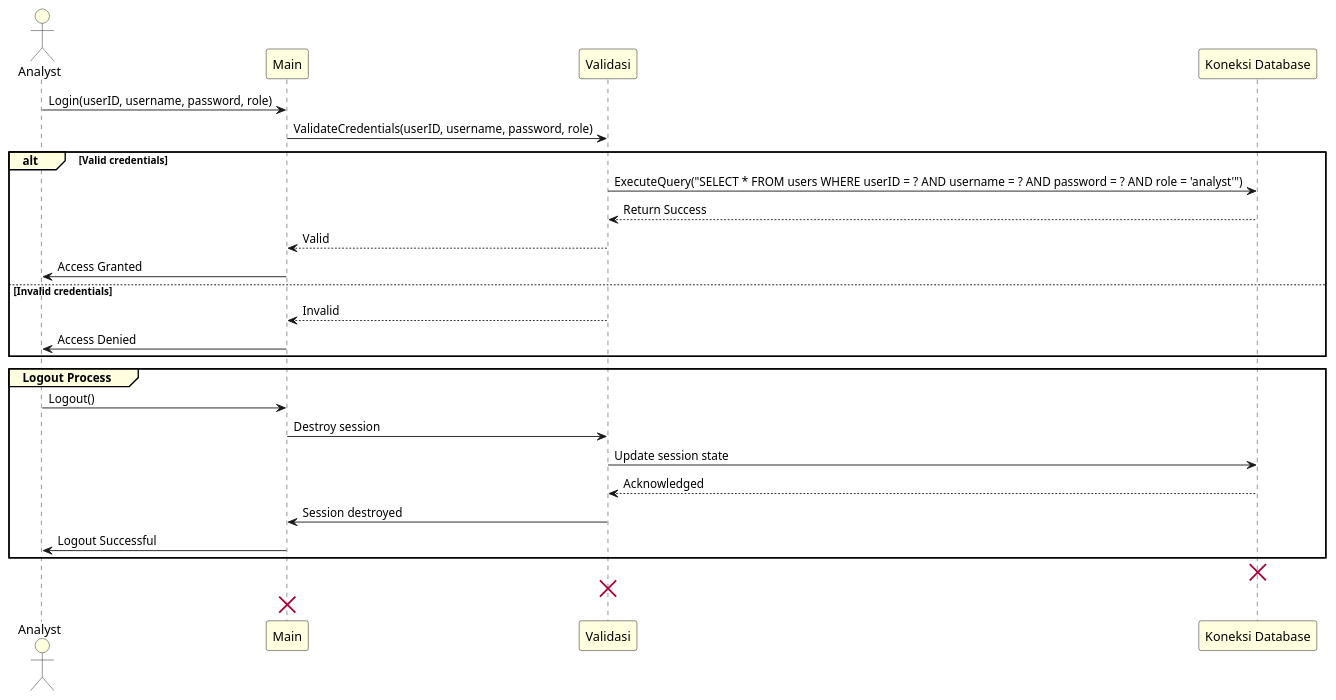
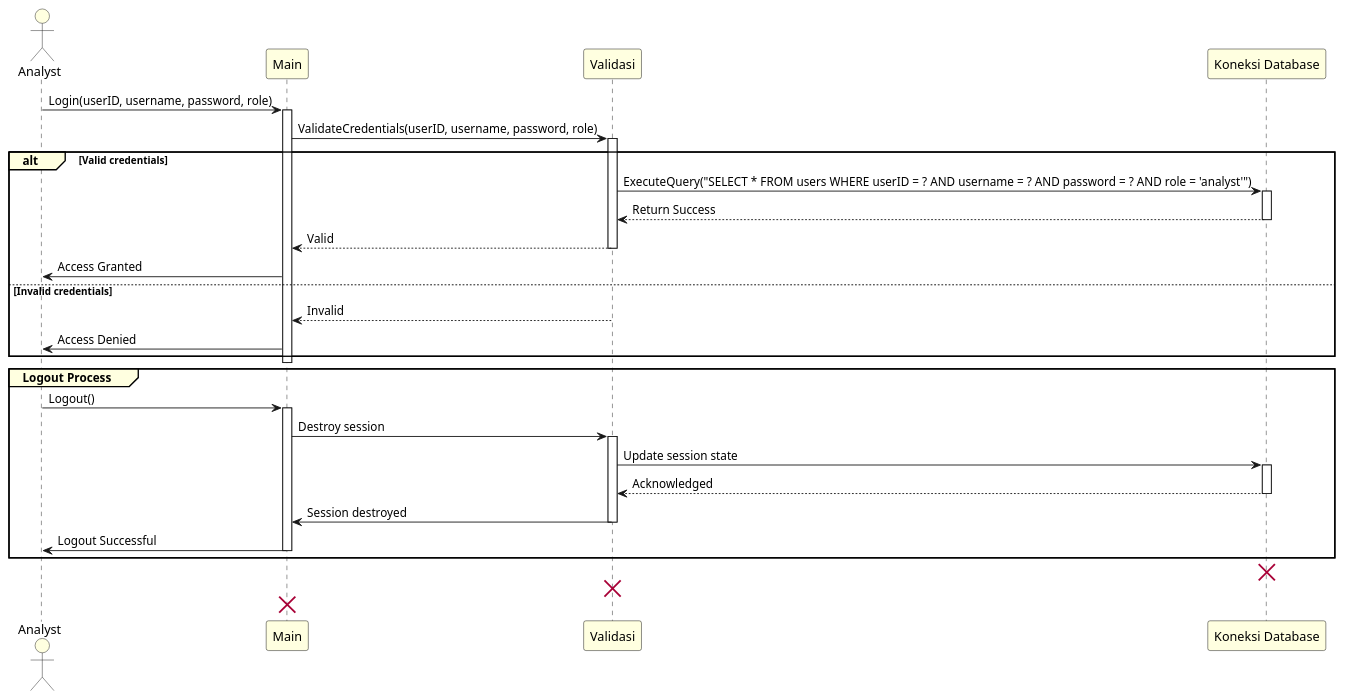
One commit to BlackBox-Ops/ML-Customer-Segmentation changed the diagram in dokumentasi/design/PlantUMl/5.sequence_diagram_login_analyst.wsd. Above: the diagram before and after it, drawn with PlantUML.

Commit message:
memperbarui semua prubahan

```diff
--- a/dokumentasi/design/PlantUMl/5.sequence_diagram_login_analyst.wsd
+++ b/dokumentasi/design/PlantUMl/5.sequence_diagram_login_analyst.wsd
@@ -1,44 +1,57 @@
 @startuml class
 
 ' Set background color for all participants
 skinparam sequenceParticipantBackgroundColor LightYellow
 skinparam sequenceParticipantBorderColor Black
 skinparam SequenceGroupBackgroundColor LightYellow
 skinparam ActorBackgroundColor LightYellow
 
 actor Analyst as analyst
 
 ' Main objects
 participant "Main" as main
 participant "Validasi" as validasi
 participant "Koneksi Database" as db
 
 ' Login process starts
 analyst -> main : Login(userID, username, password, role)
-main -> validasi : ValidateCredentials(userID, username, password, role)
-alt Valid credentials
-    validasi -> db : ExecuteQuery("SELECT * FROM users WHERE userID = ? AND username = ? AND password = ? AND role = 'analyst'")
-    db --> validasi : Return Success
-    validasi --> main : Valid
-    main -> analyst : Access Granted
-else Invalid credentials
-    validasi --> main : Invalid
-    main -> analyst : Access Denied
-end
+activate main
+    main -> validasi : ValidateCredentials(userID, username, password, role)
+    activate validasi
+        alt Valid credentials
+            validasi -> db : ExecuteQuery("SELECT * FROM users WHERE userID = ? AND username = ? AND password = ? AND role = 'analyst'")
+            activate db
+                db --> validasi : Return Success
+            deactivate db
+            validasi --> main : Valid
+        deactivate validasi
+        main -> analyst : Access Granted
+    else Invalid credentials
+        validasi --> main : Invalid
+        deactivate validasi
+        main -> analyst : Access Denied
+    end
+deactivate main
 
 ' Highlighted Logout process
-group Logout Process 
+group Logout Process
     analyst -> main : Logout()
-    main -> validasi : Destroy session
-    validasi -> db : Update session state
-    db --> validasi : Acknowledged
-    validasi -> main : Session destroyed
-    main -> analyst : Logout Successful
+    activate main
+        main -> validasi : Destroy session
+        activate validasi
+            validasi -> db : Update session state
+            activate db
+                db --> validasi : Acknowledged
+            deactivate db
+            validasi -> main : Session destroyed
+        deactivate validasi
+        main -> analyst : Logout Successful
+    deactivate main
 end
 
 ' Destroy objects
 destroy db
 destroy validasi
 destroy main
 
 @enduml
```
